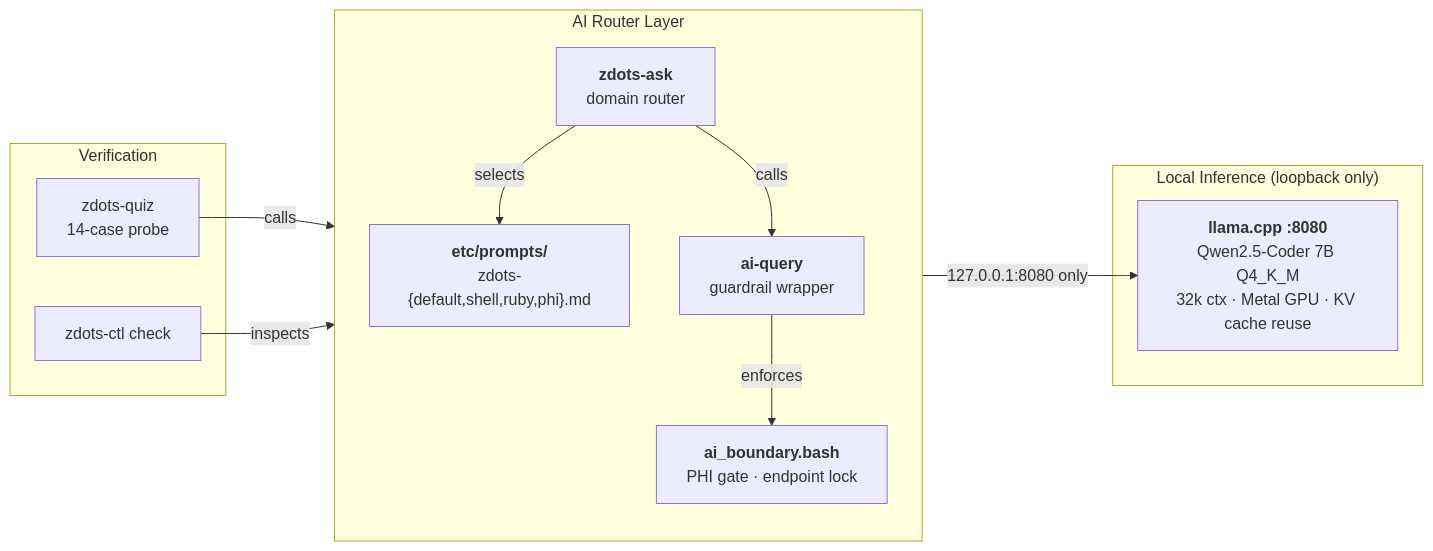
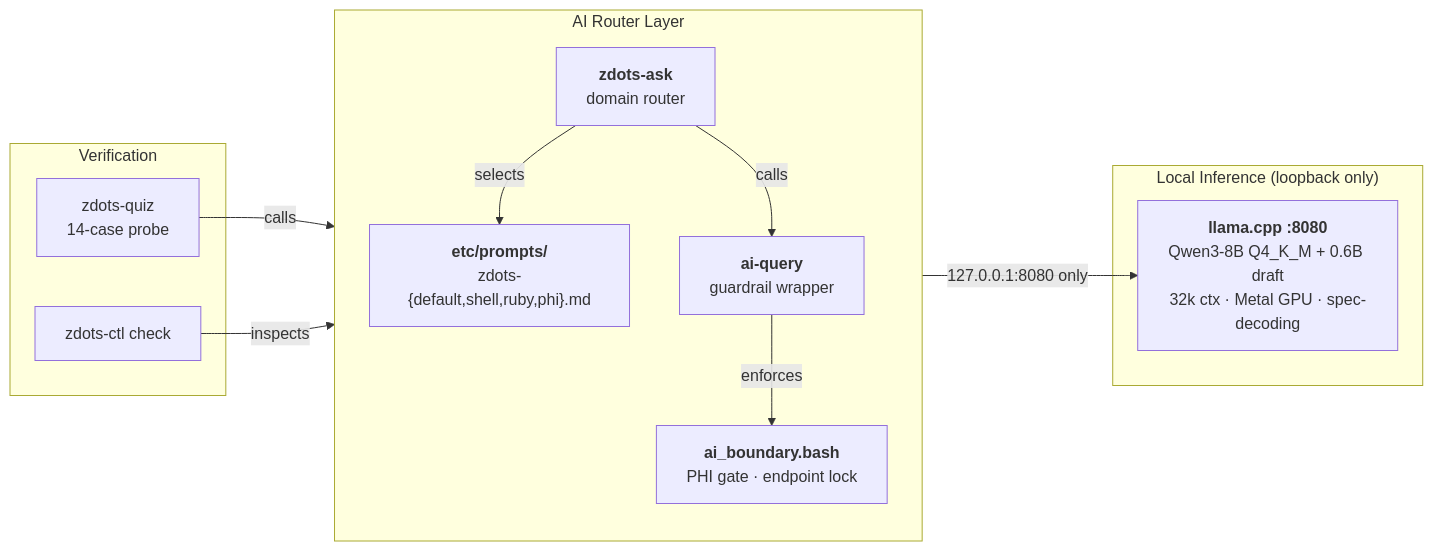
Before and after one commit to just3ws/zdots: the fourth of 4 diagrams in README.md, drawn with Mermaid. The commit also changed other lines of this file and 3 other files, not shown here.

First line of the commit message:
docs(diagrams): fix accuracy across all Mermaid diagrams

````diff
--- a/README.md
+++ b/README.md
@@ -225,26 +223,26 @@
 ```mermaid
 flowchart LR
     subgraph Router["AI Router Layer"]
         direction TB
         ask["<b>zdots-ask</b>\ndomain router"]
         prompts["<b>etc/prompts/</b>\nzdots-{default,shell,ruby,phi}.md"]
         aiquery["<b>ai-query</b>\nguardrail wrapper"]
         boundary["<b>ai_boundary.bash</b>\nPHI gate · endpoint lock"]
         ask -->|selects| prompts
         ask -->|calls| aiquery
         aiquery -->|enforces| boundary
     end
 
     subgraph Inference["Local Inference (loopback only)"]
-        llama["<b>llama.cpp :8080</b><br/>Qwen2.5-Coder 7B Q4_K_M<br/>32k ctx · Metal GPU · KV cache reuse"]
+        llama["<b>llama.cpp :8080</b><br/>Qwen3-8B Q4_K_M + 0.6B draft<br/>32k ctx · Metal GPU · spec-decoding"]
     end
 
     subgraph Ops["Verification"]
         ctl["zdots-ctl check"]
         quiz["zdots-quiz\n14-case probe"]
         quiz -->|calls| ask
         ctl -->|inspects| ask
     end
 
     boundary -->|127.0.0.1:8080 only| llama
 ```
````
